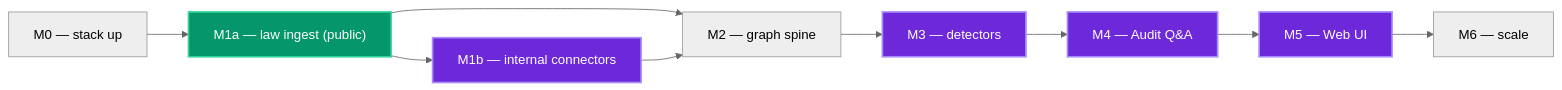
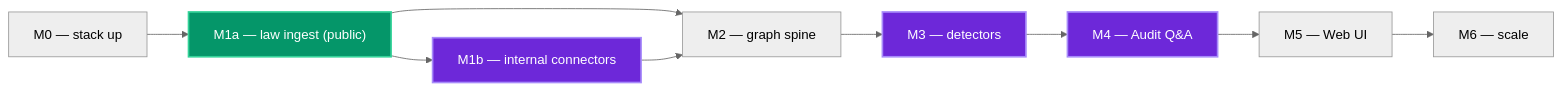
One commit to dannyota/mise changed the diagram in docs/project/ROADMAP.md. Above: the diagram before and after it, drawn with Mermaid (neutral theme). The commit also changed other lines of this file and 1 other file, not shown here.

Commit message:
docs: mark M5 complete in ROADMAP, add web test gates in TESTING

````diff
--- a/docs/project/ROADMAP.md
+++ b/docs/project/ROADMAP.md
@@ -49,15 +49,15 @@
 ```mermaid
 flowchart LR
     M0["M0 — stack up"] --> M1a["M1a — law ingest (public)"]
     M1a --> M1b["M1b — internal connectors"]
     M1a --> M2["M2 — graph spine"]
     M1b --> M2
     M2 --> M3["M3 — detectors"]
     M3 --> M4["M4 — Audit Q&A"]
     M4 --> M5["M5 — Web UI"]
     M5 --> M6["M6 — scale"]
     classDef gated fill:#6d28d9,stroke:#a78bfa,color:#fff,stroke-width:2px
     classDef public fill:#059669,stroke:#34d399,color:#fff,stroke-width:2px
-    class M1b,M3,M4,M5 gated
+    class M1b,M3,M4 gated
     class M1a public
 ```
````
